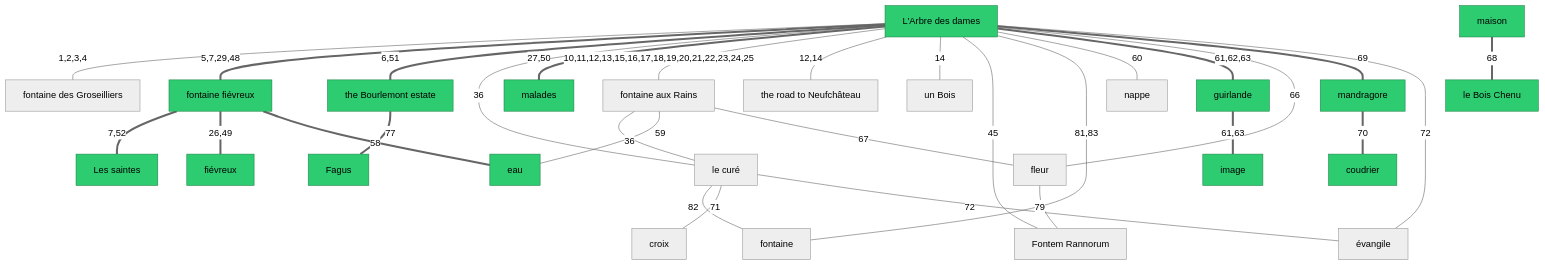
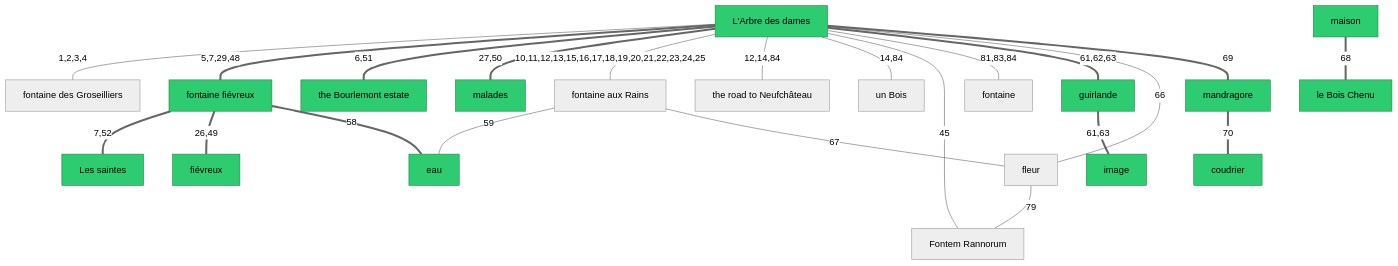
Before and after one commit to kitty-catt/the-location-of-the-arbre-des-dames-and-the-spring-of-joan-of-arc: the diagram in README.md, drawn with Mermaid (neutral theme). The commit also changed 3 other files, not shown here.

````diff
--- a/README.md
+++ b/README.md
@@ -39,62 +39,49 @@
 ```mermaid
 graph TD
     classDef jeanneSourced fill:#2ecc71,stroke:#1e8449,color:#000;
 
     N1["L'Arbre des dames"]
     N3["fontaine des Groseilliers"]
     N4["fontaine fiévreux"]
     N5["fontaine aux Rains"]
     N6["the road to Neufchâteau"]
     N7["the Bourlemont estate"]
     N8["un Bois"]
     N9["Les saintes"]
     N10["fiévreux"]
     N11["malades"]
-    N13["le curé"]
     N14["Fontem Rannorum"]
     N19["fontaine"]
     N24["eau"]
-    N25["nappe"]
     N26["guirlande"]
     N27["image"]
     N29["fleur"]
     N30["maison"]
     N31["mandragore"]
     N32["coudrier"]
-    N33["croix"]
-    N34["évangile"]
     N36["le Bois Chenu"]
-    N37["Fagus"]
 
     N1 -- "1,2,3,4" --- N3
     N1 == "5,7,29,48" === N4
     N1 == "6,51" === N7
     N4 == "7,52" === N9
-    N1 -- "36" --- N13
-    N5 -- "36" --- N13
     N4 == "26,49" === N10
     N1 == "27,50" === N11
     N1 -- "10,11,12,13,15,16,17,18,19,20,21,22,23,24,25" --- N5
-    N1 -- "12,14" --- N6
-    N1 -- "14" --- N8
+    N1 -- "12,14,84" --- N6
+    N1 -- "14,84" --- N8
     N1 -- "45" --- N14
     N29 -- "79" --- N14
-    N1 -- "81,83" --- N19
-    N13 -- "82" --- N19
+    N1 -- "81,83,84" --- N19
     N4 == "58" === N24
     N5 -- "59" --- N24
-    N1 -- "60" --- N25
     N1 == "61,62,63" === N26
     N26 == "61,63" === N27
     N1 -- "66" --- N29
     N5 -- "67" --- N29
     N30 == "68" === N36
     N1 == "69" === N31
     N31 == "70" === N32
-    N13 -- "71" --- N33
-    N1 -- "72" --- N34
-    N13 -- "72" --- N34
-    N7 == "77" === N37
 
-    class N1,N4,N7,N9,N10,N11,N24,N26,N27,N30,N31,N32,N36,N37 jeanneSourced
+    class N1,N4,N7,N9,N10,N11,N24,N26,N27,N30,N31,N32,N36 jeanneSourced
 ```
````
